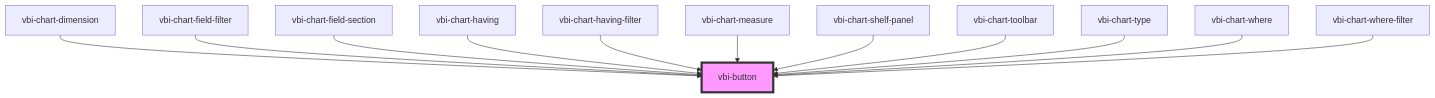
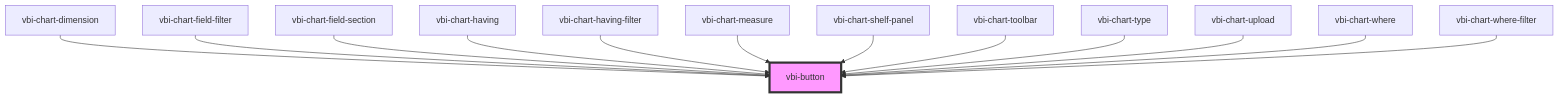
Before and after one commit to Ditto190/VBI-modme: the diagram in packages/vbi-component/src/components/ui/vbi-button/readme.md, drawn with Mermaid. The commit also changed other lines of this file and 20 other files, not shown here.

Commit message:
feat(vbi-component): add CSV upload

````diff
--- a/packages/vbi-component/src/components/ui/vbi-button/readme.md
+++ b/packages/vbi-component/src/components/ui/vbi-button/readme.md
@@ -36,15 +37,16 @@
 ```mermaid
 graph TD;
   vbi-chart-dimension --> vbi-button
   vbi-chart-field-filter --> vbi-button
   vbi-chart-field-section --> vbi-button
   vbi-chart-having --> vbi-button
   vbi-chart-having-filter --> vbi-button
   vbi-chart-measure --> vbi-button
   vbi-chart-shelf-panel --> vbi-button
   vbi-chart-toolbar --> vbi-button
   vbi-chart-type --> vbi-button
+  vbi-chart-upload --> vbi-button
   vbi-chart-where --> vbi-button
   vbi-chart-where-filter --> vbi-button
   style vbi-button fill:#f9f,stroke:#333,stroke-width:4px
 ```
````
